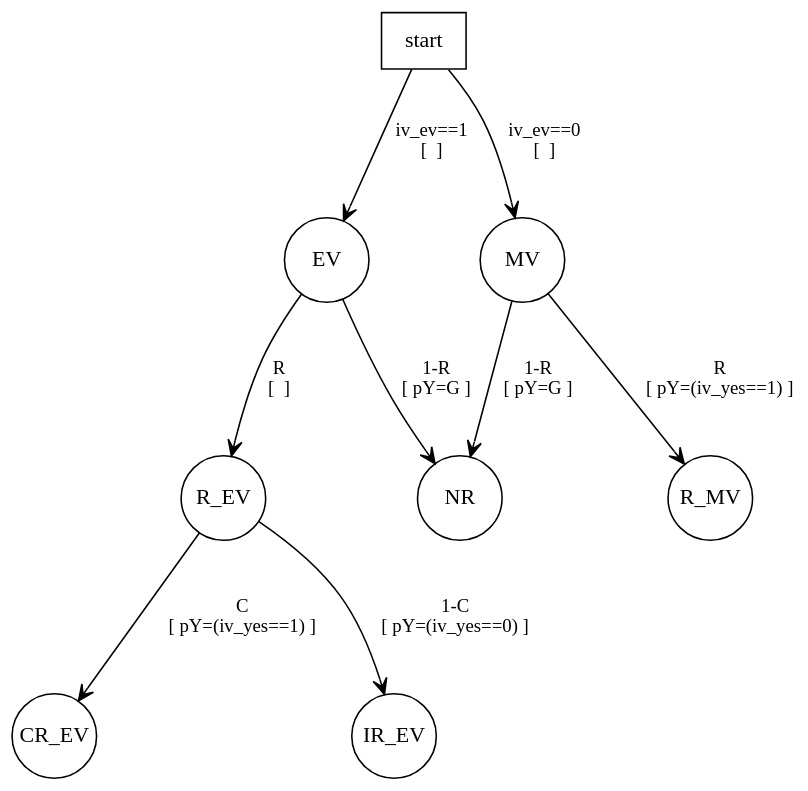
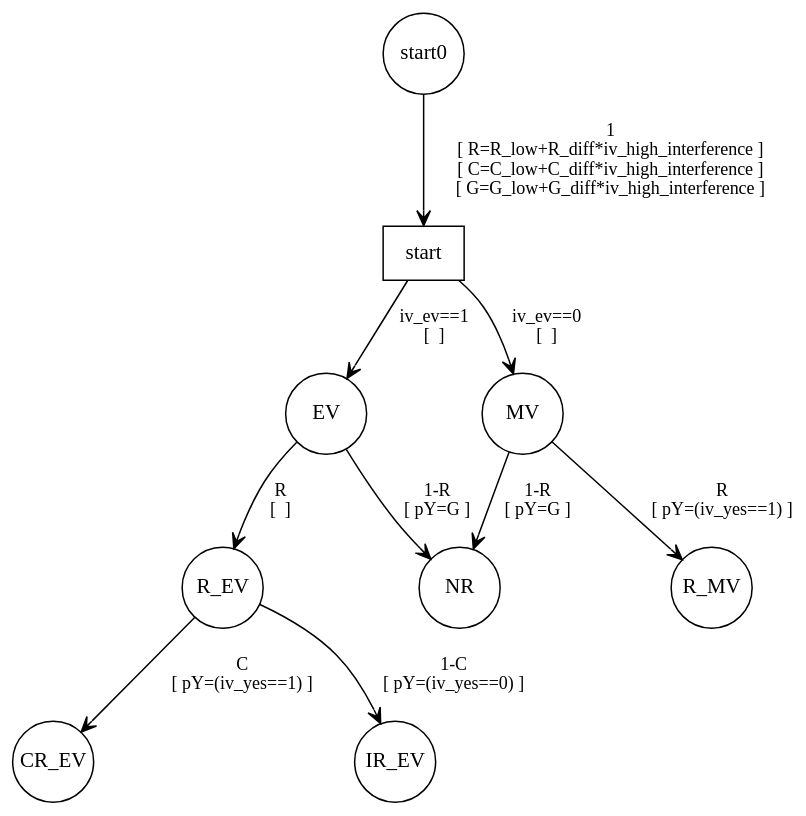
Before and after one commit to plogacev/mvm_stan: the diagram in models/model1.dot, drawn with Graphviz. The commit also changed 20 other files, not shown here.

```diff
--- a/models/model1.dot
+++ b/models/model1.dot
@@ -1,30 +1,35 @@
 digraph foo {
 	graph [bgcolor=transparent, fontcolor=black, ratio=fill, splines=TRUE, rank=same, size="6.99,6.99", rankdir=TB];
 	node [label="\N", shape=circle, fixedsize=TRUE, fillcolor=transparent, color=black, fontcolor=black, fontsize=14, height="0.5", width="0.75"];
 	edge [headport=center, color=black, dir=none, weight="1.0", fontcolor=black, arrowhead=none, arrowtail=none, fontsize=14, labelfontsize=11, arrowsize=1, style=solid, minlen=1];
-	graph [bb="0 0 506 503"];
+	graph [bb="0 0 544 544"];
 	R_EV [label=R_EV];
 	start [label=start, shape=box];
 	EV [label=EV];
 	MV [label=MV];
+	start0 [label=start0];
 	CR_EV [label=CR_EV];
 	IR_EV [label=IR_EV];
 	NR [label=NR];
 	R_MV [label=R_MV];
 	R_EV -> CR_EV:center [dir=forward, weight=1, label="C
  [ pY=(iv_yes==1) ]", arrowhead=open, fontsize=12];
 	R_EV -> IR_EV:center [dir=forward, weight=1, label="1-C
  [ pY=(iv_yes==0) ]", arrowhead=open, fontsize=12];
 	start -> EV:center [dir=forward, weight=1, label="iv_ev==1
  [  ]", arrowhead=open, fontsize=12];
 	start -> MV:center [dir=forward, weight=1, label="iv_ev==0
  [  ]", arrowhead=open, fontsize=12];
 	EV -> NR:center [dir=forward, weight=1, label="1-R
  [ pY=G ]", arrowhead=open, fontsize=12];
 	EV -> R_EV:center [dir=forward, weight=1, label="R
  [  ]", arrowhead=open, fontsize=12];
 	MV -> NR:center [dir=forward, weight=1, label="1-R
  [ pY=G ]", arrowhead=open, fontsize=12];
 	MV -> R_MV:center [dir=forward, weight=1, label="R
  [ pY=(iv_yes==1) ]", arrowhead=open, fontsize=12];
+	start0 -> start:center [dir=forward, weight=1, label="1
+ [ R=R_low+R_diff*iv_high_interference ]
+[ C=C_low+C_diff*iv_high_interference ]
+[ G=G_low+G_diff*iv_high_interference ]", arrowhead=open, fontsize=12];
 }
```
